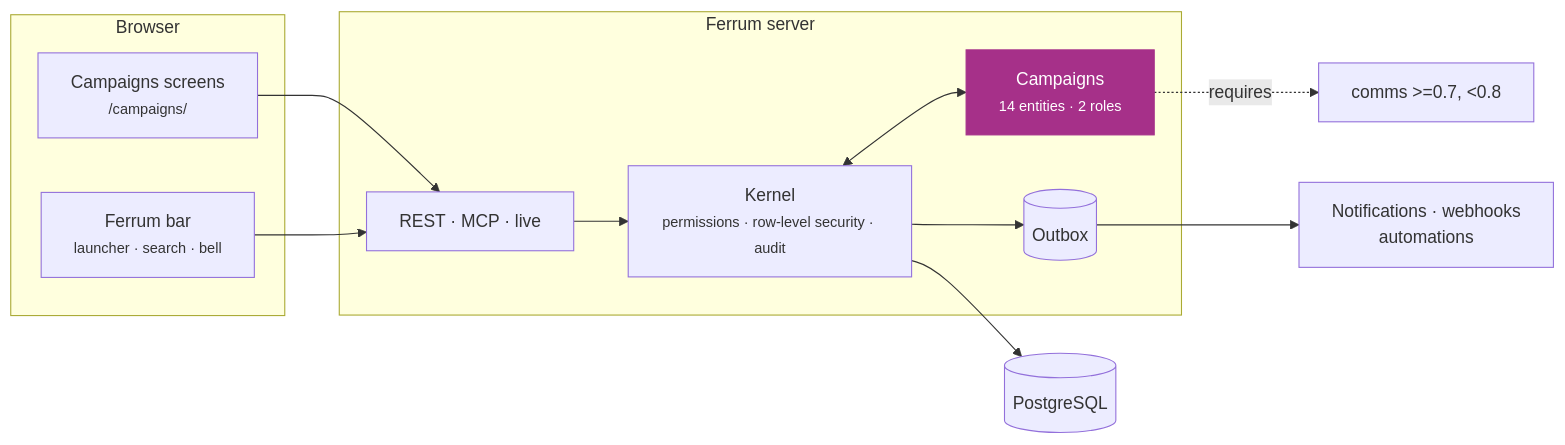
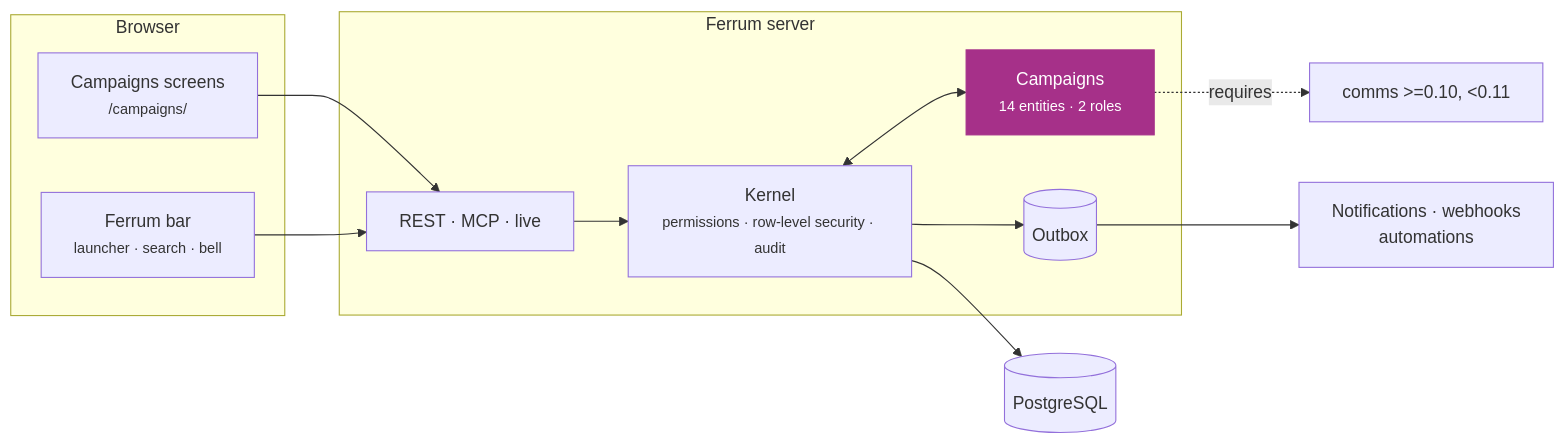
One commit to CBFerrum/ferrum-app-campaigns changed the second of 3 diagrams in README.md. Above: the diagram before and after it, drawn with Mermaid. The commit also changed other lines of this file and 40 other files, not shown here.

First line of the commit message:
Campaigns 0.3.2: requires Comms 0.10, the release it is built with

````diff
--- a/README.md
+++ b/README.md
@@ -115,21 +115,21 @@
 ```mermaid
 flowchart LR
     subgraph Browser
         UI["Campaigns screens<br/><small>/campaigns/</small>"]
         BAR["Ferrum bar<br/><small>launcher · search · bell</small>"]
     end
     subgraph Server["Ferrum server"]
         API["REST · MCP · live"]
         K["Kernel<br/><small>permissions · row-level security · audit</small>"]
         APP["Campaigns<br/><small>14 entities · 2 roles</small>"]
         OB[("Outbox")]
     end
     DB[("PostgreSQL")]
     UI --> API --> K --> DB
     BAR --> API
     K <--> APP
     K --> OB --> EV["Notifications · webhooks<br/>automations"]
-    APP -. requires .-> D0["comms >=0.7, <0.8"]
+    APP -. requires .-> D0["comms >=0.10, <0.11"]
     classDef app fill:#a63089,color:#fff,stroke:#a63089
     class APP app
 ```
````
